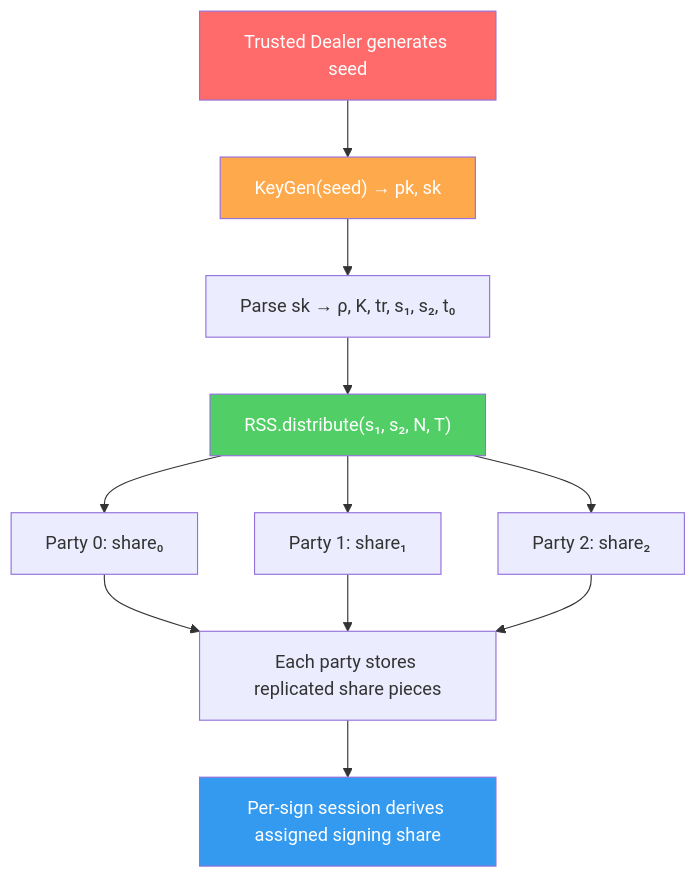
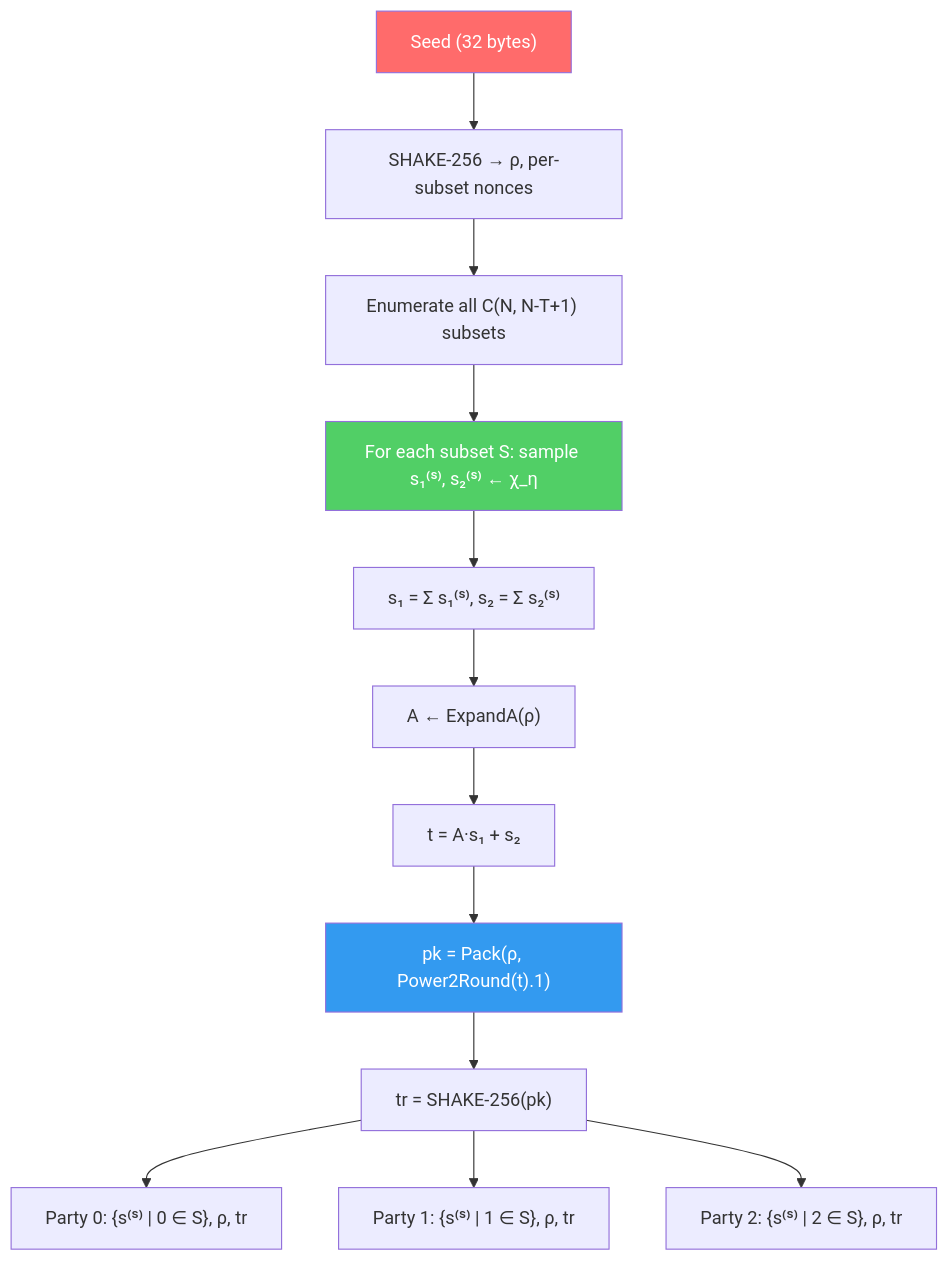
The second of 8 diagrams in PROTOCOL.md (lattice-safe/threshold-ml-dsa), drawn with Mermaid before and after one commit. The commit also changed other lines of this file and 2 other files, not shown here.

````diff
--- a/PROTOCOL.md
+++ b/PROTOCOL.md
@@ -286,16 +288,18 @@
 ```mermaid
 flowchart TD
-    A["Trusted Dealer generates seed"] --> B["KeyGen(seed) → pk, sk"]
-    B --> C["Parse sk → ρ, K, tr, s₁, s₂, t₀"]
-    C --> D["RSS.distribute(s₁, s₂, N, T)"]
-    D --> E1["Party 0: share₀"]
-    D --> E2["Party 1: share₁"]
-    D --> E3["Party 2: share₂"]
-    E1 & E2 & E3 --> F["Each party stores replicated share pieces"]
-    F --> G["Per-sign session derives assigned signing share"]
+    A["Seed (32 bytes)"] --> B["SHAKE-256 → ρ, per-subset nonces"]
+    B --> C["Enumerate all C(N, N-T+1) subsets"]
+    C --> D["For each subset S: sample s₁⁽ˢ⁾, s₂⁽ˢ⁾ ← χ_η"]
+    D --> E["s₁ = Σ s₁⁽ˢ⁾, s₂ = Σ s₂⁽ˢ⁾"]
+    E --> F["A ← ExpandA(ρ)"]
+    F --> G["t = A·s₁ + s₂"]
+    G --> H["pk = Pack(ρ, Power2Round(t).1)"]
+    H --> I["tr = SHAKE-256(pk)"]
+    I --> J1["Party 0: {s⁽ˢ⁾ | 0 ∈ S}, ρ, tr"]
+    I --> J2["Party 1: {s⁽ˢ⁾ | 1 ∈ S}, ρ, tr"]
+    I --> J3["Party 2: {s⁽ˢ⁾ | 2 ∈ S}, ρ, tr"]
     
     style A fill:#ff6b6b,color:#fff
-    style B fill:#ffa94d,color:#fff
     style D fill:#51cf66,color:#fff
-    style G fill:#339af0,color:#fff
+    style H fill:#339af0,color:#fff
 ```
````
